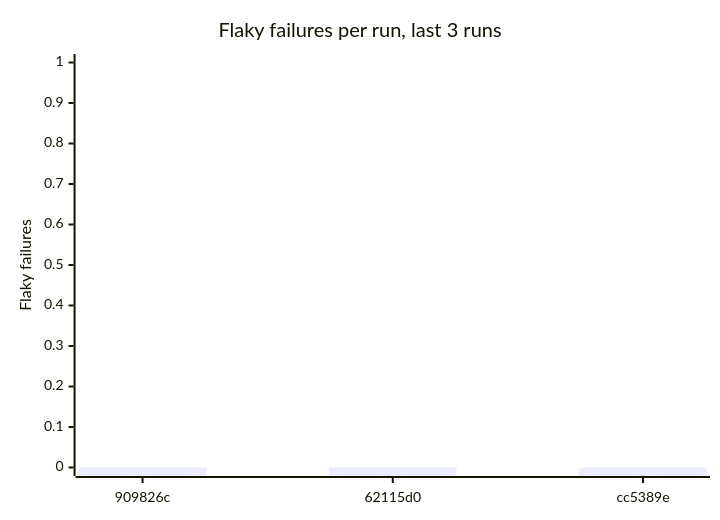
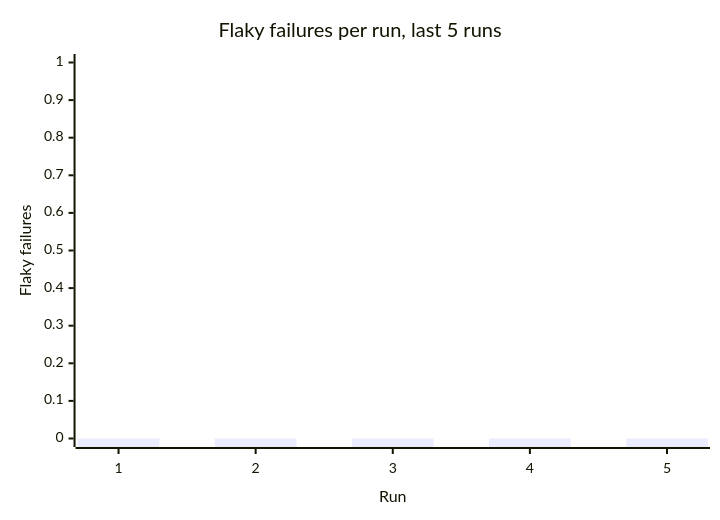
The second of 3 diagrams in reports/summary.md (Shirojoufu/DORA-Metrics), drawn with Mermaid before and after one commit. The commit also changed other lines of this file and 5 other files, not shown here.

````diff
--- a/reports/summary.md
+++ b/reports/summary.md
@@ -25,7 +25,7 @@
 ```mermaid
 xychart-beta
-    title "Flaky failures per run, last 3 runs"
-    x-axis ["909826c", "62115d0", "cc5389e"]
+    title "Flaky failures per run, last 5 runs"
+    x-axis "Run" [1, 2, 3, 4, 5]
     y-axis "Flaky failures" 0 --> 1
-    bar [0, 0, 0]
+    bar [0, 0, 0, 0, 0]
 ```
````
